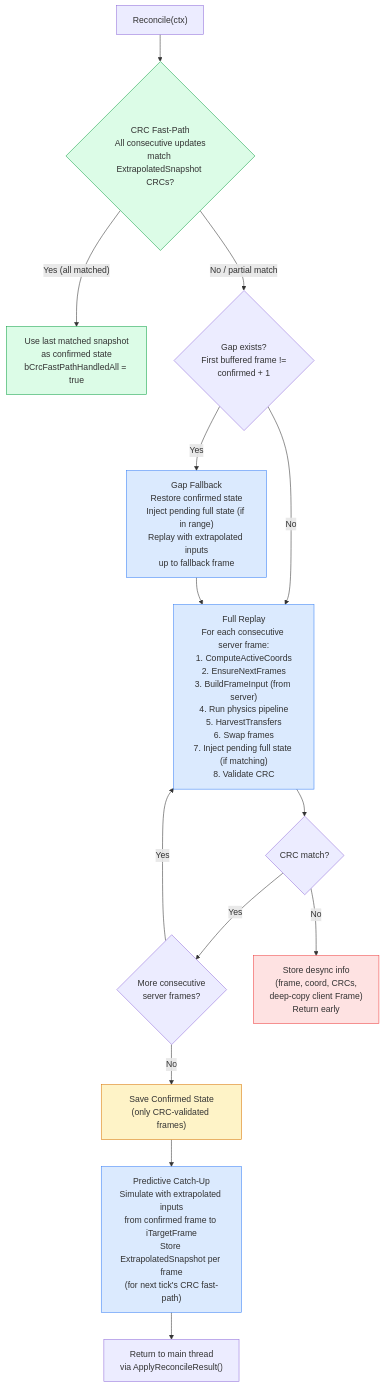
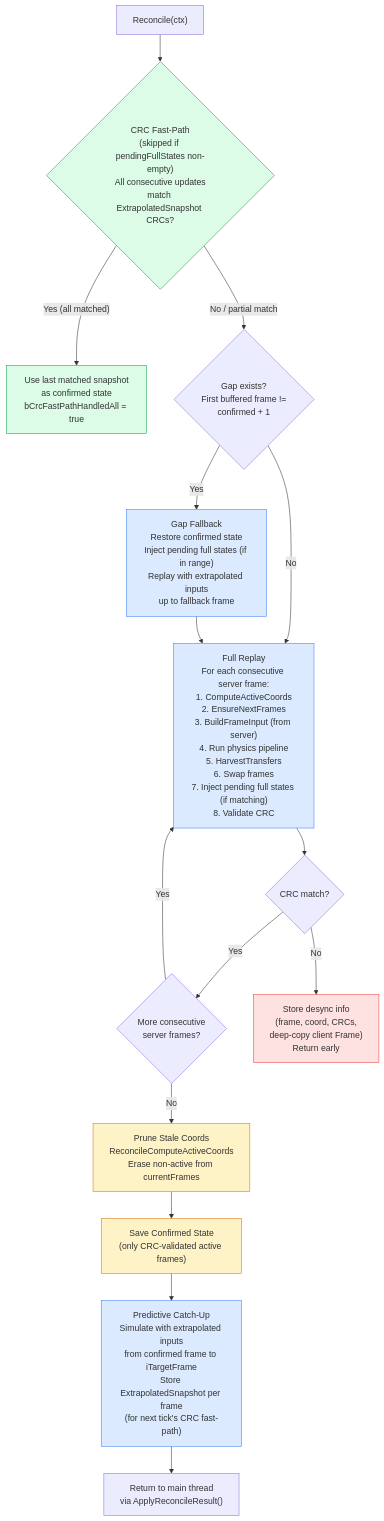
One commit to DougTanner/BrokenEnginePublic changed the first of 4 diagrams in Documents/Architecture/GameReconciliation.md. Above: the diagram before and after it, drawn with Mermaid. The commit also changed other lines of this file and 6 other files, not shown here.

````diff
--- a/Documents/Architecture/GameReconciliation.md
+++ b/Documents/Architecture/GameReconciliation.md
@@ -9,35 +9,37 @@
 ```mermaid
 %%{init: {'theme': 'default'}}%%
 flowchart TD
     classDef fastpath fill:#dcfce7,stroke:#16a34a
     classDef replay fill:#dbeafe,stroke:#3b82f6
     classDef error fill:#fee2e2,stroke:#ef4444
     classDef state fill:#fef3c7,stroke:#d97706
 
     START["Reconcile(ctx)"] --> CRC
 
-    CRC{"CRC Fast-Path<br/>All consecutive updates<br/>match ExtrapolatedSnapshot CRCs?"}:::fastpath
+    CRC{"CRC Fast-Path<br/>(skipped if pendingFullStates non-empty)<br/>All consecutive updates<br/>match ExtrapolatedSnapshot CRCs?"}:::fastpath
     CRC -->|"Yes (all matched)"| FASTDONE["Use last matched snapshot<br/>as confirmed state<br/>bCrcFastPathHandledAll = true"]:::fastpath
     CRC -->|"No / partial match"| GAP
 
     GAP{"Gap exists?<br/>First buffered frame !=<br/>confirmed + 1"}
-    GAP -->|"Yes"| GAPFB["Gap Fallback<br/>Restore confirmed state<br/>Inject pending full state (if in range)<br/>Replay with extrapolated inputs<br/>up to fallback frame"]:::replay
+    GAP -->|"Yes"| GAPFB["Gap Fallback<br/>Restore confirmed state<br/>Inject pending full states (if in range)<br/>Replay with extrapolated inputs<br/>up to fallback frame"]:::replay
     GAP -->|"No"| REPLAY
 
     GAPFB --> REPLAY
 
-    REPLAY["Full Replay<br/>For each consecutive server frame:<br/>1. ComputeActiveCoords<br/>2. EnsureNextFrames<br/>3. BuildFrameInput (from server)<br/>4. Run physics pipeline<br/>5. HarvestTransfers<br/>6. Swap frames<br/>7. Inject pending full state (if matching)<br/>8. Validate CRC"]:::replay
+    REPLAY["Full Replay<br/>For each consecutive server frame:<br/>1. ComputeActiveCoords<br/>2. EnsureNextFrames<br/>3. BuildFrameInput (from server)<br/>4. Run physics pipeline<br/>5. HarvestTransfers<br/>6. Swap frames<br/>7. Inject pending full states (if matching)<br/>8. Validate CRC"]:::replay
 
     REPLAY --> CRCCHECK{"CRC match?"}
     CRCCHECK -->|"Yes"| NEXTSRV{"More consecutive<br/>server frames?"}
     CRCCHECK -->|"No"| DESYNC["Store desync info<br/>(frame, coord, CRCs,<br/>deep-copy client Frame)<br/>Return early"]:::error
 
     NEXTSRV -->|"Yes"| REPLAY
-    NEXTSRV -->|"No"| SAVE
+    NEXTSRV -->|"No"| PRUNE
 
-    SAVE["Save Confirmed State<br/>(only CRC-validated frames)"]:::state --> CATCHUP
+    PRUNE["Prune Stale Coords<br/>ReconcileComputeActiveCoords<br/>Erase non-active from currentFrames"]:::state --> SAVE
+
+    SAVE["Save Confirmed State<br/>(only CRC-validated active frames)"]:::state --> CATCHUP
 
     CATCHUP["Predictive Catch-Up<br/>Simulate with extrapolated inputs<br/>from confirmed frame to iTargetFrame<br/>Store ExtrapolatedSnapshot per frame<br/>(for next tick's CRC fast-path)"]:::replay
 
     CATCHUP --> DONE["Return to main thread<br/>via ApplyReconcileResult()"]
 ```
````
